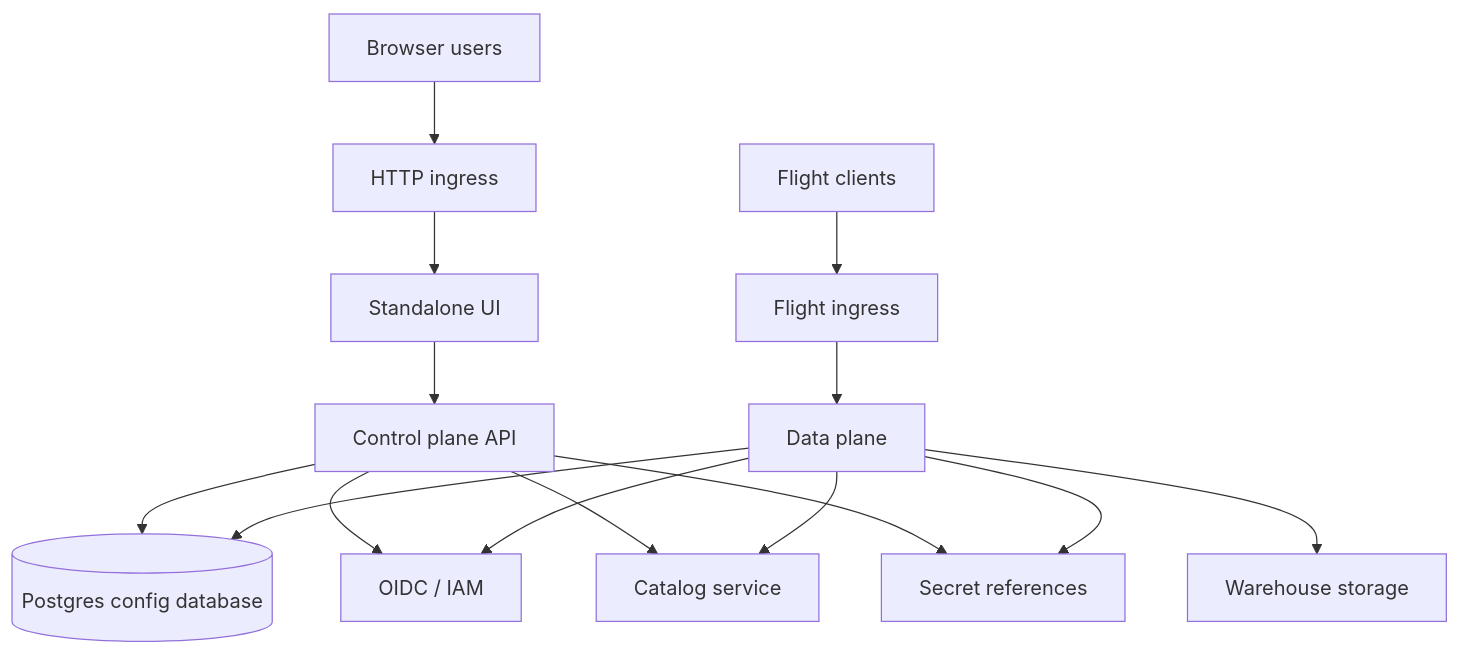
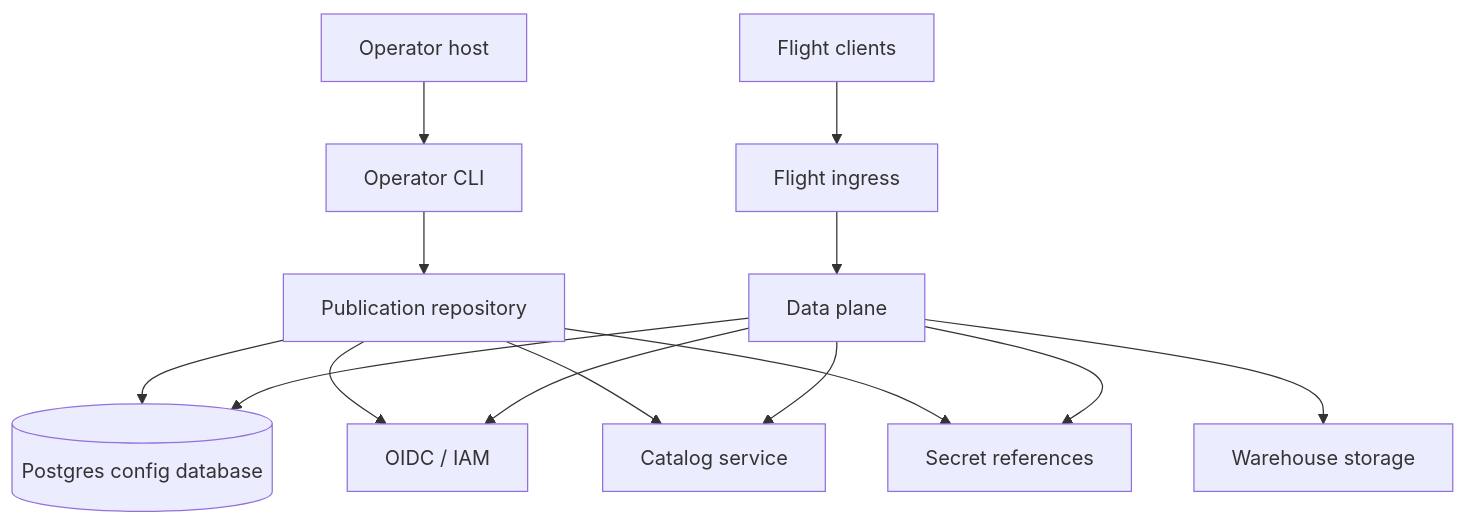
Before and after one commit to snithish/dal-obscura: the first of 2 diagrams in docs/operators.md, drawn with Mermaid. The commit also changed other lines of this file and 3 other files, not shown here.

````diff
--- a/docs/operators.md
+++ b/docs/operators.md
@@ -20,19 +20,18 @@
 ```mermaid
 flowchart TB
-    users["Browser users"] --> http["HTTP ingress"]
+    operator["Operator host"] --> cli["Operator CLI"]
     clients["Flight clients"] --> flight_ingress["Flight ingress"]
 
-    http --> ui["Standalone UI"]
-    ui --> cp["Control plane API"]
+    cli --> cp["Publication repository"]
     flight_ingress --> dp["Data plane"]
 
     cp --> db[("Postgres config database")]
     dp --> db
     cp --> idp["OIDC / IAM"]
     dp --> idp
     cp --> catalog["Catalog service"]
     dp --> catalog
     dp --> storage["Warehouse storage"]
     cp --> secrets["Secret references"]
     dp --> secrets
 ```
````
